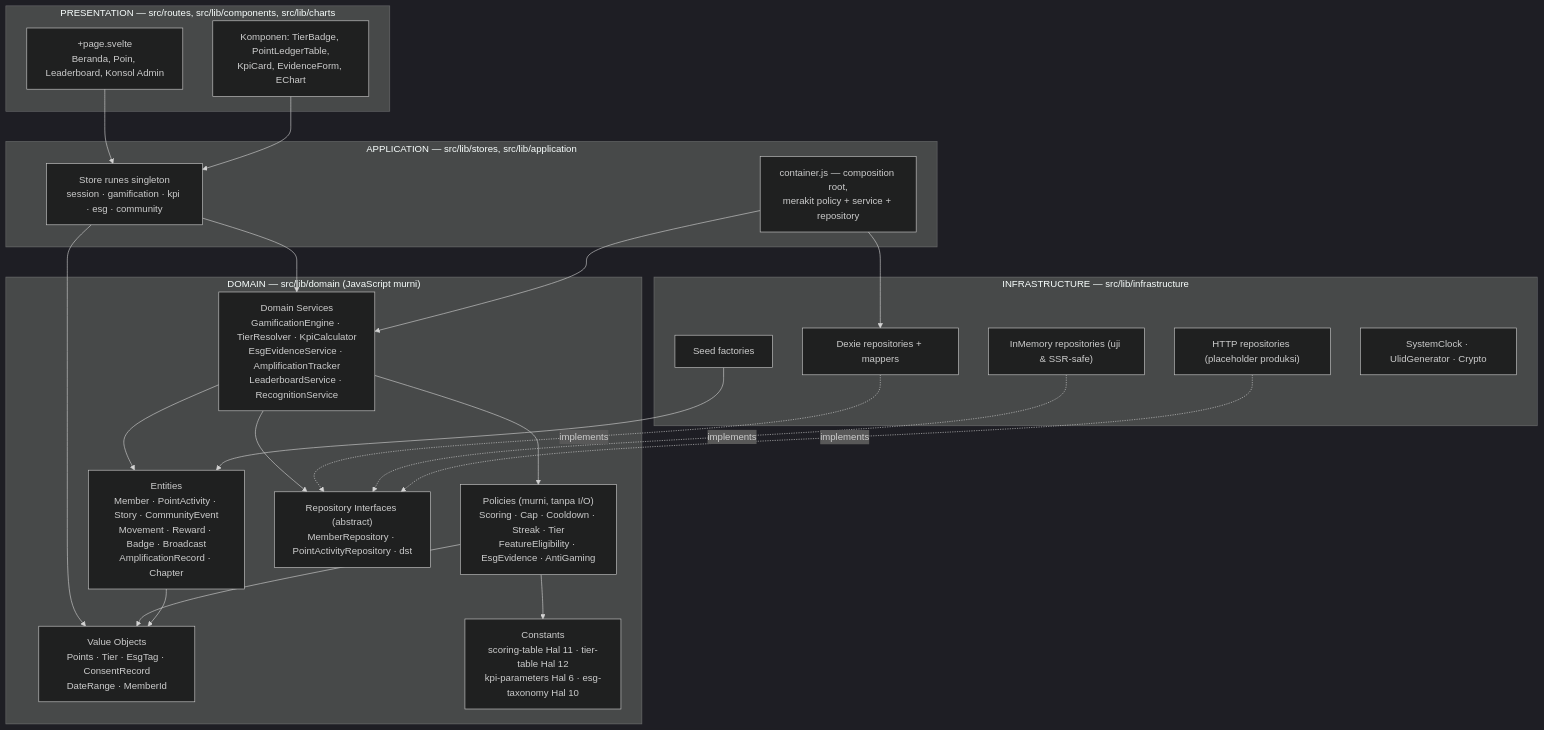
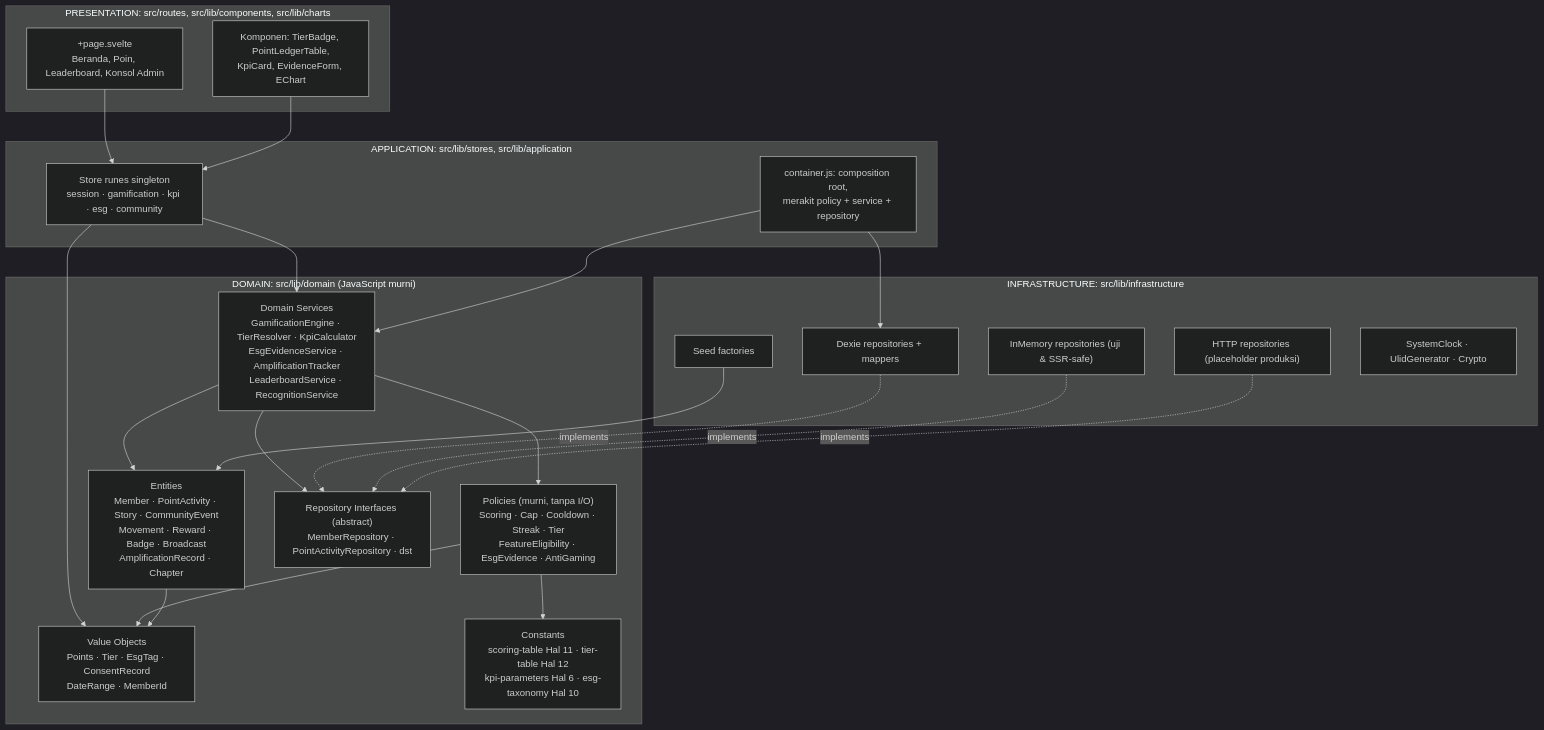
One commit to raflyzainn/pfriends changed the first of 4 diagrams in docs/05-ARCHITECTURE.md. Above: the diagram before and after it, drawn with Mermaid (dark theme). The commit also changed other lines of this file and 266 other files, not shown here.

````diff
--- a/docs/05-ARCHITECTURE.md
+++ b/docs/05-ARCHITECTURE.md
@@ -87,46 +87,46 @@
 ```mermaid
 flowchart TB
-    subgraph P["PRESENTATION — src/routes, src/lib/components, src/lib/charts"]
+    subgraph P["PRESENTATION: src/routes, src/lib/components, src/lib/charts"]
         R1["+page.svelte<br/>Beranda, Poin, Leaderboard, Konsol Admin"]
         C1["Komponen: TierBadge, PointLedgerTable,<br/>KpiCard, EvidenceForm, EChart"]
     end
 
-    subgraph A["APPLICATION — src/lib/stores, src/lib/application"]
+    subgraph A["APPLICATION: src/lib/stores, src/lib/application"]
         S1["Store runes singleton<br/>session · gamification · kpi · esg · community"]
-        S2["container.js — composition root,<br/>merakit policy + service + repository"]
+        S2["container.js: composition root,<br/>merakit policy + service + repository"]
     end
 
-    subgraph D["DOMAIN — src/lib/domain (JavaScript murni)"]
+    subgraph D["DOMAIN: src/lib/domain (JavaScript murni)"]
         VO["Value Objects<br/>Points · Tier · EsgTag · ConsentRecord<br/>DateRange · MemberId"]
         EN["Entities<br/>Member · PointActivity · Story · CommunityEvent<br/>Movement · Reward · Badge · Broadcast<br/>AmplificationRecord · Chapter"]
         PO["Policies (murni, tanpa I/O)<br/>Scoring · Cap · Cooldown · Streak · Tier<br/>FeatureEligibility · EsgEvidence · AntiGaming"]
         SV["Domain Services<br/>GamificationEngine · TierResolver · KpiCalculator<br/>EsgEvidenceService · AmplificationTracker<br/>LeaderboardService · RecognitionService"]
         RI["Repository Interfaces (abstract)<br/>MemberRepository · PointActivityRepository · dst"]
         CT["Constants<br/>scoring-table Hal 11 · tier-table Hal 12<br/>kpi-parameters Hal 6 · esg-taxonomy Hal 10"]
     end
 
-    subgraph I["INFRASTRUCTURE — src/lib/infrastructure"]
+    subgraph I["INFRASTRUCTURE: src/lib/infrastructure"]
         DX["Dexie repositories + mappers"]
         MM["InMemory repositories (uji & SSR-safe)"]
         HT["HTTP repositories (placeholder produksi)"]
         SD["Seed factories"]
         SY["SystemClock · UlidGenerator · Crypto"]
     end
 
     R1 --> S1
     C1 --> S1
     S1 --> SV
     S1 --> VO
     S2 --> SV
     S2 --> DX
     SV --> PO
     SV --> EN
     SV --> RI
     PO --> VO
     PO --> CT
     EN --> VO
     DX -.implements.-> RI
     MM -.implements.-> RI
     HT -.implements.-> RI
     SD --> EN
 ```
````
